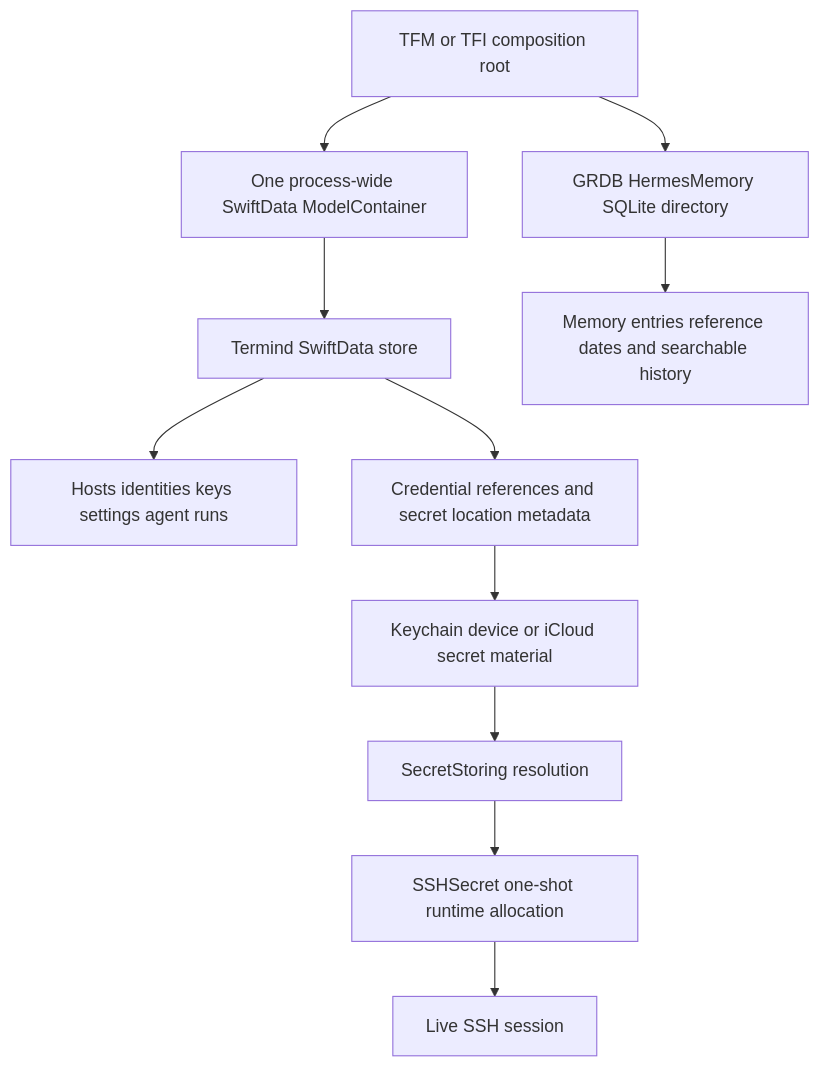
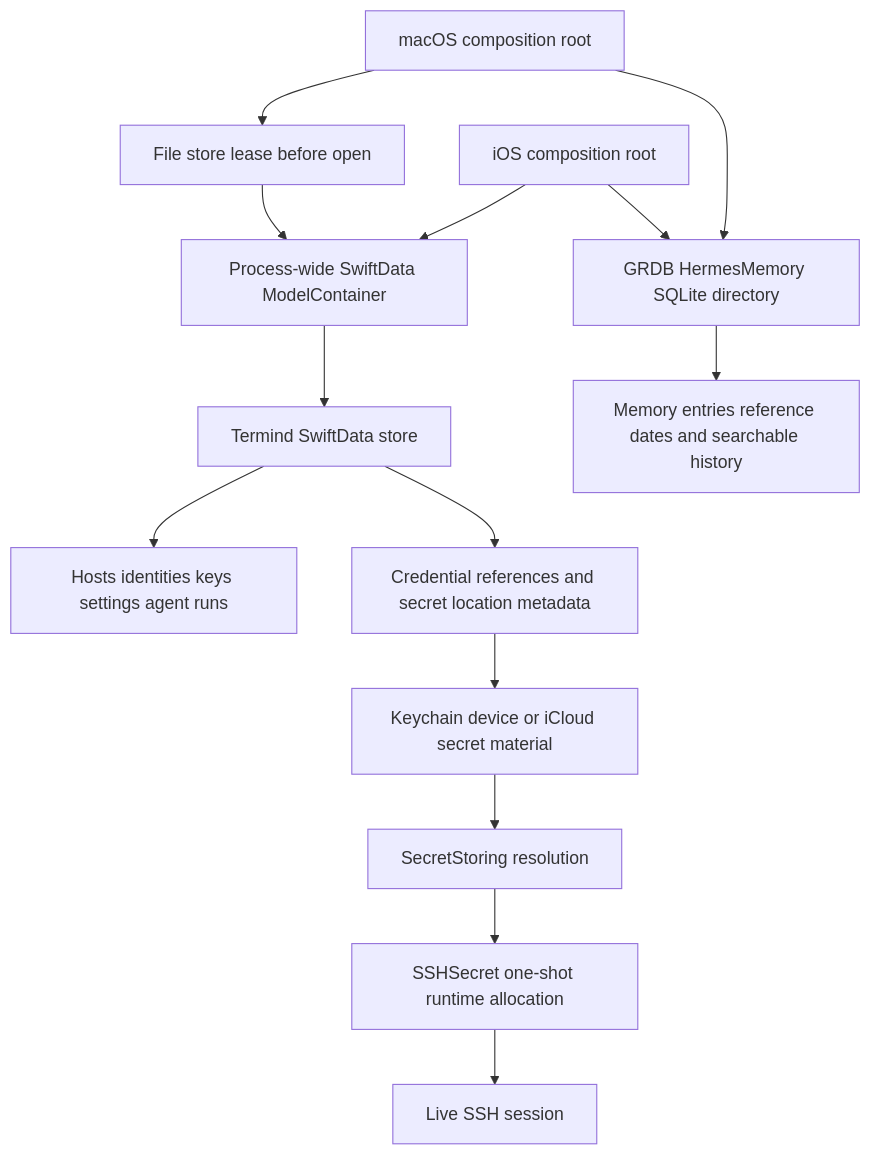
One commit to AkinoKaede/Termind changed the first of 4 diagrams in openwiki/concepts/persistence-and-secrets.md. Above: the diagram before and after it, drawn with Mermaid. The commit also changed other lines of this file and 51 other files, not shown here.

````diff
--- a/openwiki/concepts/persistence-and-secrets.md
+++ b/openwiki/concepts/persistence-and-secrets.md
@@ -137,13 +151,16 @@
 ```mermaid
 flowchart TD
-    App["TFM or TFI composition root"] --> Container["One process-wide SwiftData ModelContainer"]
+    Desktop["macOS composition root"] --> Lock["File store lease before open"]
+    Lock --> Container["Process-wide SwiftData ModelContainer"]
+    Mobile["iOS composition root"] --> Container
     Container --> SwiftData["Termind SwiftData store"]
     SwiftData --> Metadata["Hosts identities keys settings agent runs"]
     SwiftData --> References["Credential references and secret location metadata"]
     References --> Keychain["Keychain device or iCloud secret material"]
-    App --> GRDB["GRDB HermesMemory SQLite directory"]
+    Desktop --> GRDB["GRDB HermesMemory SQLite directory"]
+    Mobile --> GRDB
     GRDB --> Memory["Memory entries reference dates and searchable history"]
     Keychain --> Resolver["SecretStoring resolution"]
     Resolver --> Runtime["SSHSecret one-shot runtime allocation"]
     Runtime --> Session["Live SSH session"]
 ```
````
